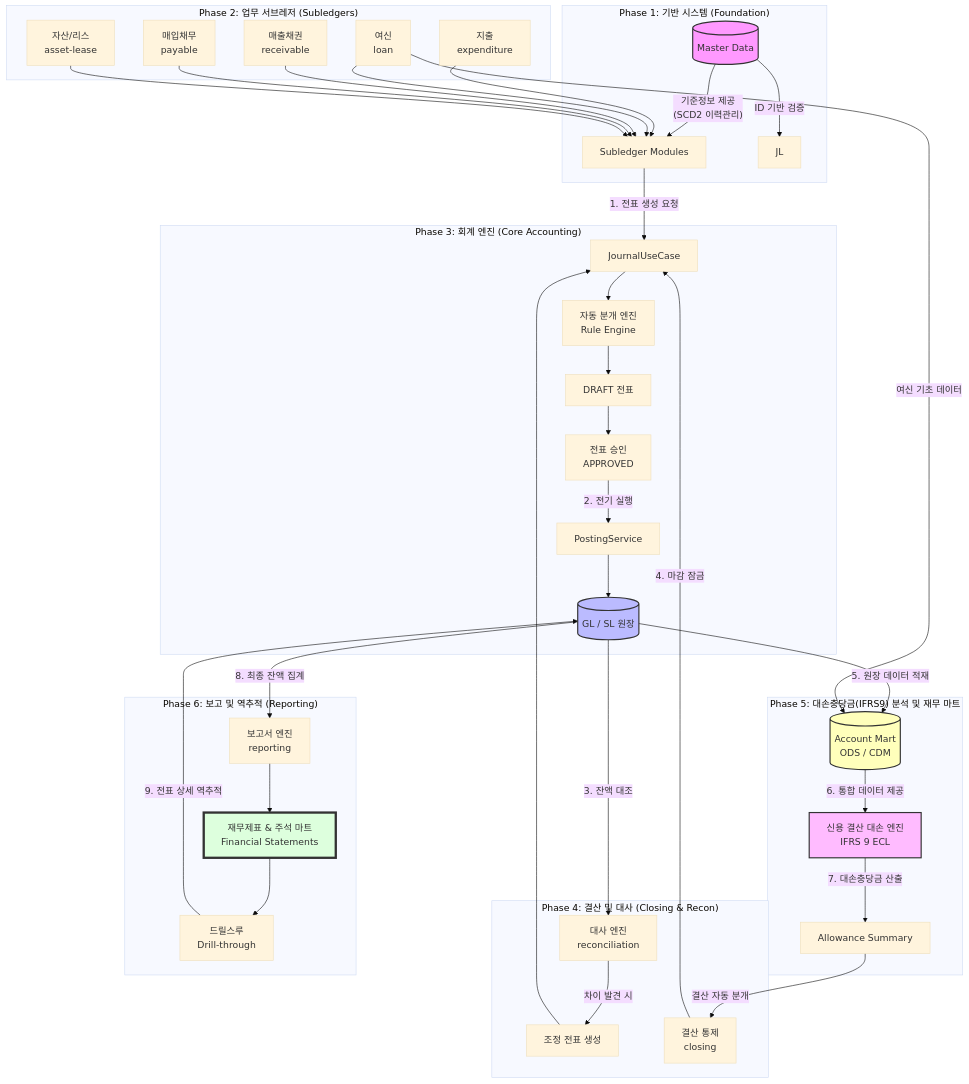
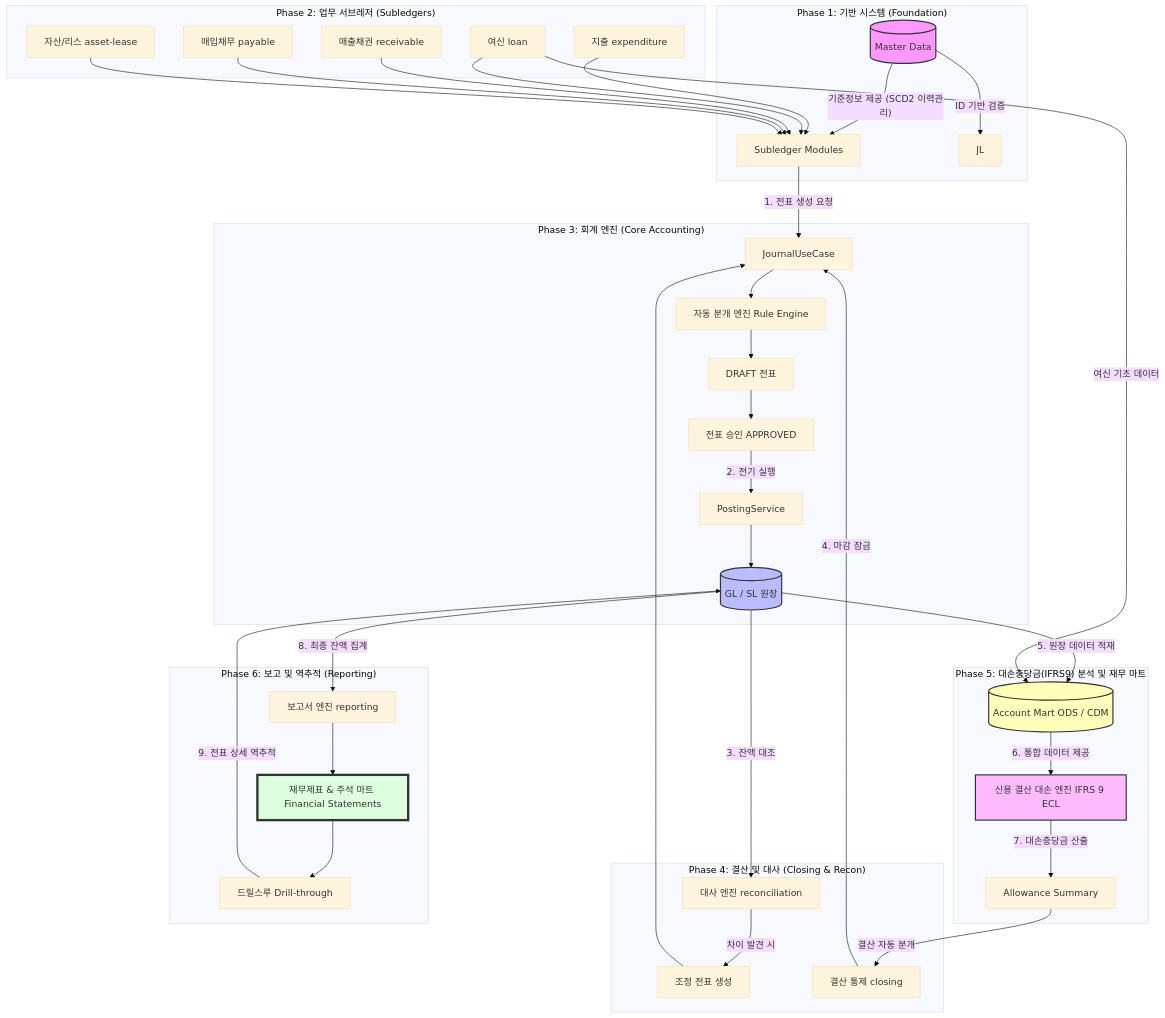
The first of 2 diagrams in README.md (skyg547/account), drawn with Mermaid (base theme) before and after one commit. The commit also changed other lines of this file, not shown here.

Commit message:
docs: 최상단 README.md Mermaid 렌더링 오류 완벽 수정 (줄바꿈 원천 제거)

````diff
--- a/README.md
+++ b/README.md
@@ -14,56 +14,56 @@
 ```mermaid
 flowchart TD
     subgraph "Phase 1: 기반 시스템 (Foundation)"
-        MD[(Master Data)] -- "기준정보 제공\n(SCD2 이력관리)" --> SL
+        MD[(Master Data)] -- "기준정보 제공 (SCD2 이력관리)" --> SL
         MD -- "ID 기반 검증" --> JL
     end
 
     subgraph "Phase 2: 업무 서브레저 (Subledgers)"
         SL[Subledger Modules]
-        EX[지출\nexpenditure] --> SL
-        LN[여신\nloan] --> SL
-        AR[매출채권\nreceivable] --> SL
-        AP[매입채무\npayable] --> SL
-        AS[자산/리스\nasset-lease] --> SL
+        EX[지출 expenditure] --> SL
+        LN[여신 loan] --> SL
+        AR[매출채권 receivable] --> SL
+        AP[매입채무 payable] --> SL
+        AS[자산/리스 asset-lease] --> SL
     end
 
     subgraph "Phase 3: 회계 엔진 (Core Accounting)"
         SL -- "1. 전표 생성 요청" --> JL_USE[JournalUseCase]
-        JL_USE --> RE[자동 분개 엔진\nRule Engine]
+        JL_USE --> RE[자동 분개 엔진 Rule Engine]
         RE --> DRAFT[DRAFT 전표]
-        DRAFT --> APP[전표 승인\nAPPROVED]
+        DRAFT --> APP[전표 승인 APPROVED]
         APP -- "2. 전기 실행" --> POST[PostingService]
         POST --> GL_SL[(GL / SL 원장)]
     end
 
     subgraph "Phase 4: 결산 및 대사 (Closing & Recon)"
-        GL_SL -- "3. 잔액 대조" --> RC[대사 엔진\nreconciliation]
+        GL_SL -- "3. 잔액 대조" --> RC[대사 엔진 reconciliation]
         RC -- "차이 발견 시" --> ADJ[조정 전표 생성]
         ADJ --> JL_USE
 
-        CL[결산 통제\nclosing] -- "4. 마감 잠금" --> JL_USE
+        CL[결산 통제 closing] -- "4. 마감 잠금" --> JL_USE
     end
 
     subgraph "Phase 5: 대손충당금(IFRS9) 분석 및 재무 마트"
-        GL_SL -- "5. 원장 데이터 적재" --> MART[(Account Mart\nODS / CDM)]
+        GL_SL -- "5. 원장 데이터 적재" --> MART[(Account Mart ODS / CDM)]
         LN -- "여신 기초 데이터" --> MART
         
-        MART -- "6. 통합 데이터 제공" --> ECL_ENG[신용 결산 대손 엔진\nIFRS 9 ECL]
+        MART -- "6. 통합 데이터 제공" --> ECL_ENG[신용 결산 대손 엔진 IFRS 9 ECL]
         ECL_ENG -- "7. 대손충당금 산출" --> ECL_SUM[Allowance Summary]
         
         ECL_SUM -- "결산 자동 분개" --> CL
     end
 
     subgraph "Phase 6: 보고 및 역추적 (Reporting)"
-        GL_SL -- "8. 최종 잔액 집계" --> RP[보고서 엔진\nreporting]
-        RP --> FS[재무제표 & 주석 마트\nFinancial Statements]
-        FS --> DT[드릴스루\nDrill-through]
+        GL_SL -- "8. 최종 잔액 집계" --> RP[보고서 엔진 reporting]
+        RP --> FS[재무제표 & 주석 마트 Financial Statements]
+        FS --> DT[드릴스루 Drill-through]
         DT -- "9. 전표 상세 역추적" --> GL_SL
     end
 
     style MD fill:#f9f,stroke:#333,stroke-width:2px
     style GL_SL fill:#bbf,stroke:#333,stroke-width:2px
     style MART fill:#ffb,stroke:#333,stroke-width:2px
     style ECL_ENG fill:#fbf,stroke:#333,stroke-width:2px
     style FS fill:#dfd,stroke:#333,stroke-width:4px
 ```
````
